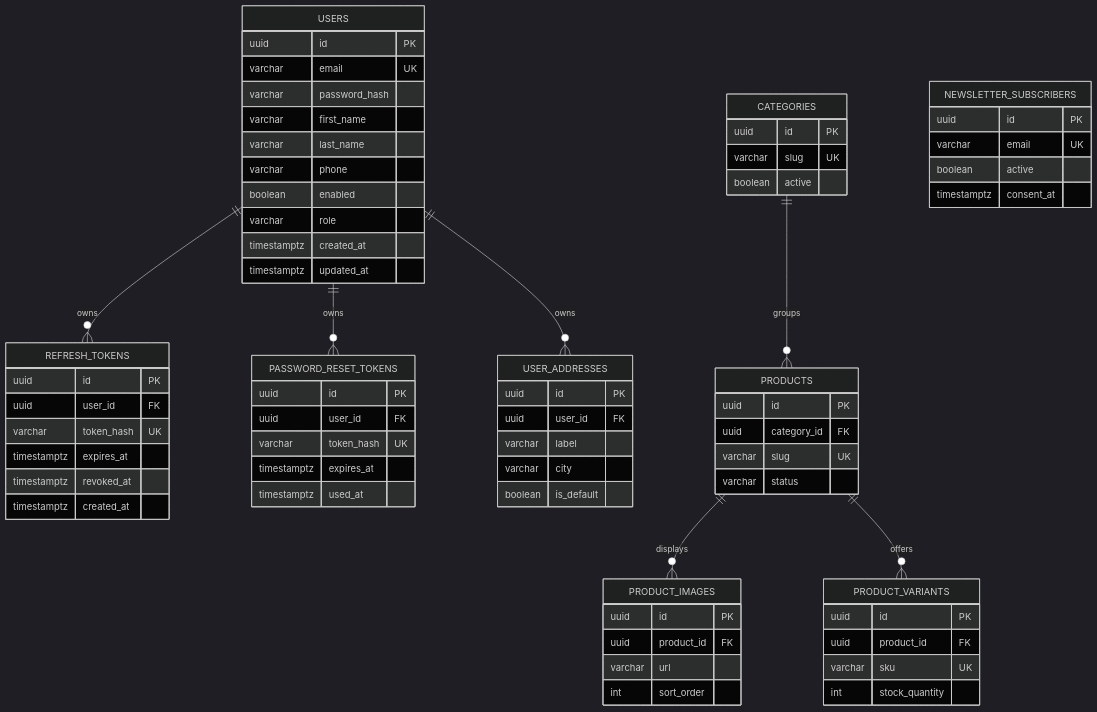
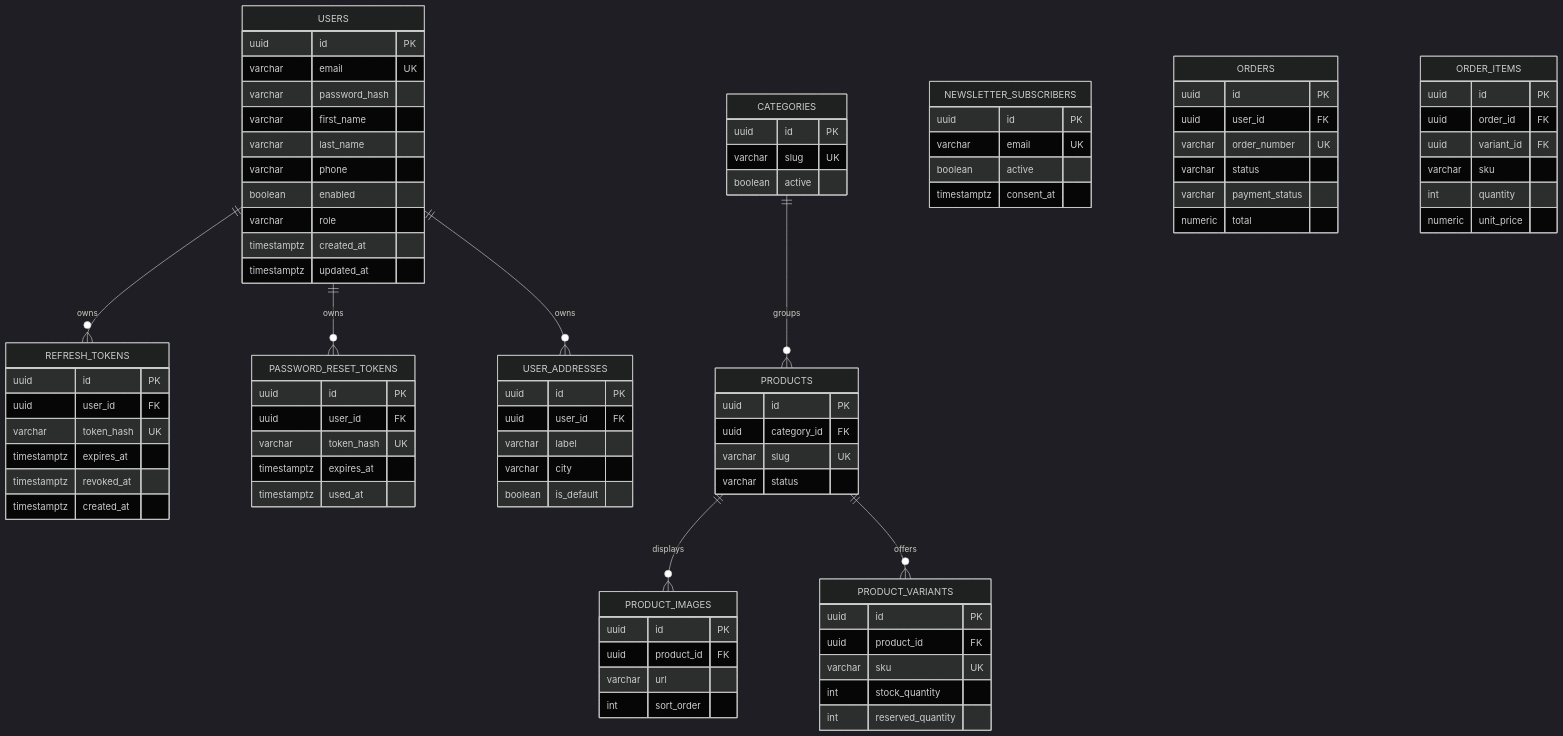
The diagram in docs/DATABASE.md (BurhanDundar/DeusExMachinaClone), drawn with Mermaid (dark theme) before and after one commit. The commit also changed other lines of this file and 63 other files, not shown here.

````diff
--- a/docs/DATABASE.md
+++ b/docs/DATABASE.md
@@ -69,6 +69,7 @@
     uuid product_id FK
     varchar sku UK
     int stock_quantity
+    int reserved_quantity
   }
   NEWSLETTER_SUBSCRIBERS {
     uuid id PK
@@ -76,4 +77,20 @@
     boolean active
     timestamptz consent_at
   }
+  ORDERS {
+    uuid id PK
+    uuid user_id FK
+    varchar order_number UK
+    varchar status
+    varchar payment_status
+    numeric total
+  }
+  ORDER_ITEMS {
+    uuid id PK
+    uuid order_id FK
+    uuid variant_id FK
+    varchar sku
+    int quantity
+    numeric unit_price
+  }
 ```
````
